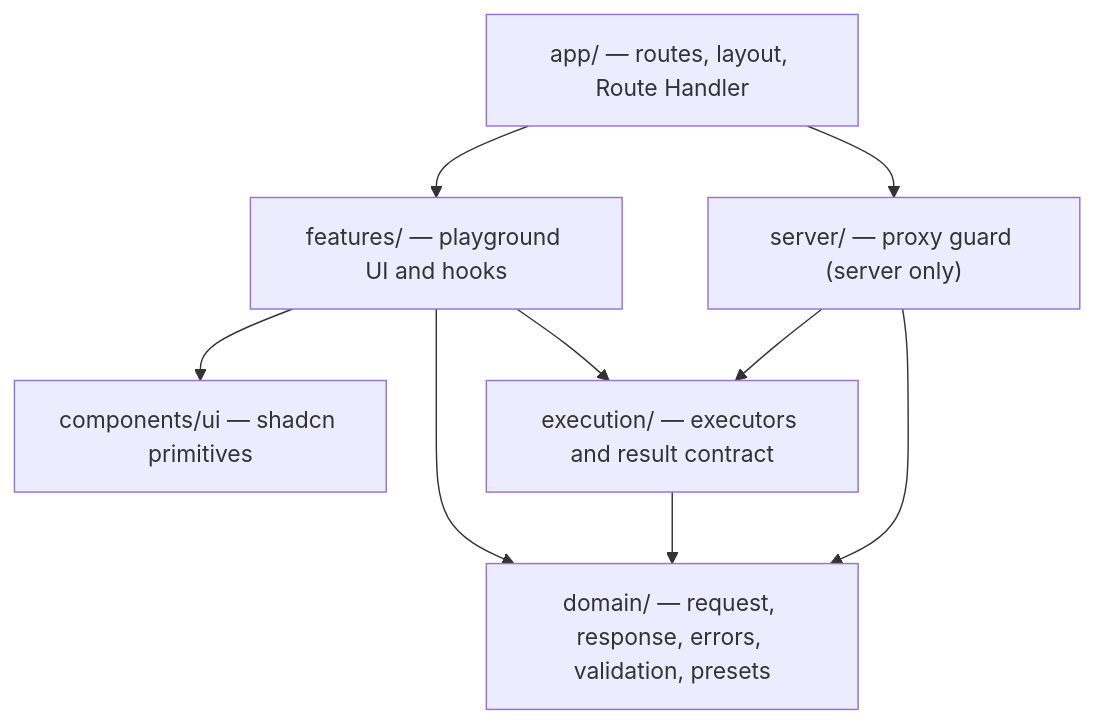
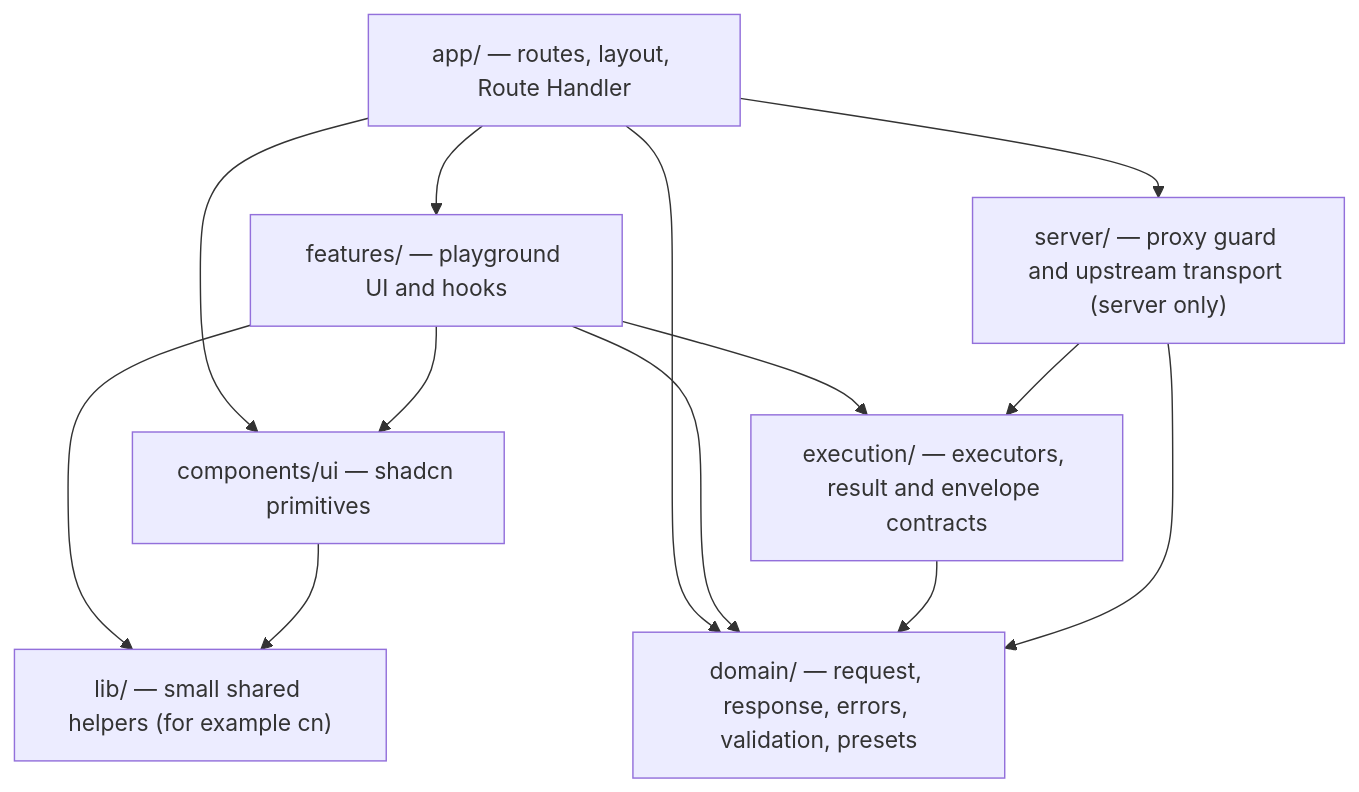
One commit to Shreyas262/RestLab changed the diagram in docs/ARCHITECTURE.md. Above: the diagram before and after it, drawn with Mermaid. The commit also changed other lines of this file and 13 other files, not shown here.

````diff
--- a/docs/ARCHITECTURE.md
+++ b/docs/ARCHITECTURE.md
@@ -51,18 +46,23 @@
 ```mermaid
 flowchart TD
     APP["app/ — routes, layout, Route Handler"]
     FEAT["features/ — playground UI and hooks"]
     UIK["components/ui — shadcn primitives"]
+    LIB["lib/ — small shared helpers (for example cn)"]
     DOM["domain/ — request, response, errors, validation, presets"]
-    EXE["execution/ — executors and result contract"]
-    SRV["server/ — proxy guard (server only)"]
+    EXE["execution/ — executors, result and envelope contracts"]
+    SRV["server/ — proxy guard and upstream transport (server only)"]
 
     APP --> FEAT
     APP --> SRV
+    APP --> DOM
+    APP --> UIK
     FEAT --> UIK
+    FEAT --> LIB
     FEAT --> EXE
     FEAT --> DOM
+    UIK --> LIB
     EXE --> DOM
     SRV --> DOM
     SRV --> EXE
 ```
````
